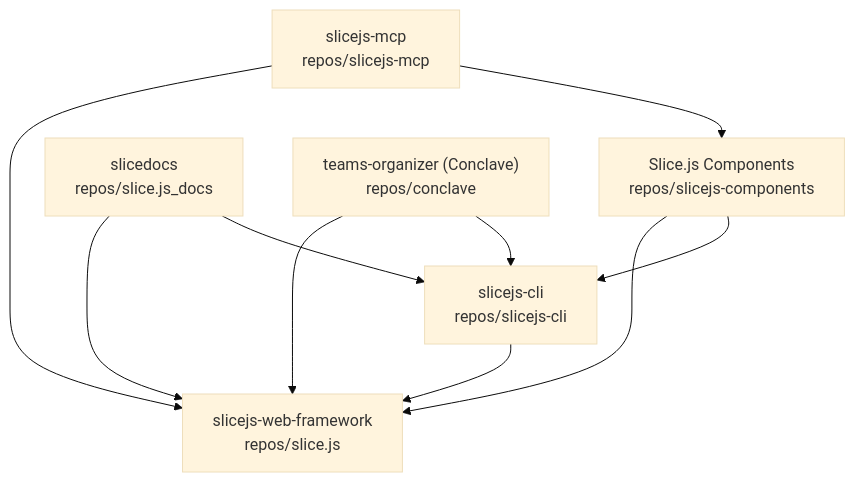
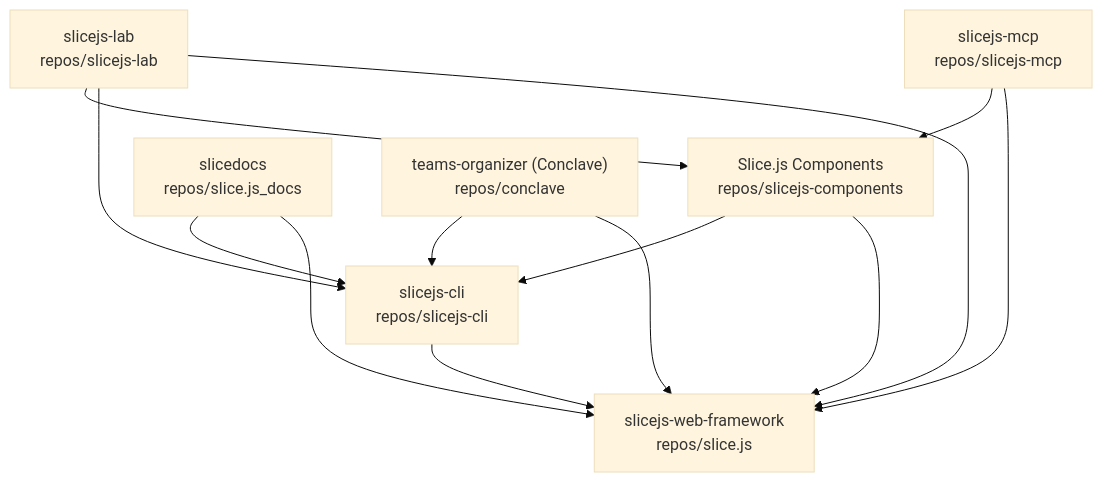
Before and after one commit to VKneider/slicejs-workspace: the diagram in CONTEXT.md, drawn with Mermaid (base theme). The commit also changed other lines of this file and 1 other file, not shown here.

````diff
--- a/CONTEXT.md
+++ b/CONTEXT.md
@@ -42,19 +43,23 @@
 ```mermaid
 graph TD
   FW["slicejs-web-framework<br/>repos/slice.js"]
   CLI["slicejs-cli<br/>repos/slicejs-cli"]
   VL["Slice.js Components<br/>repos/slicejs-components"]
   MCP["slicejs-mcp<br/>repos/slicejs-mcp"]
   DOCS["slicedocs<br/>repos/slice.js_docs"]
   CON["teams-organizer (Conclave)<br/>repos/conclave"]
+  LAB["slicejs-lab<br/>repos/slicejs-lab"]
 
   CLI --> FW
   VL --> FW
   VL --> CLI
   MCP --> FW
   MCP --> VL
   DOCS --> FW
   DOCS --> CLI
   CON --> FW
   CON --> CLI
+  LAB --> FW
+  LAB --> CLI
+  LAB --> VL
 ```
````
